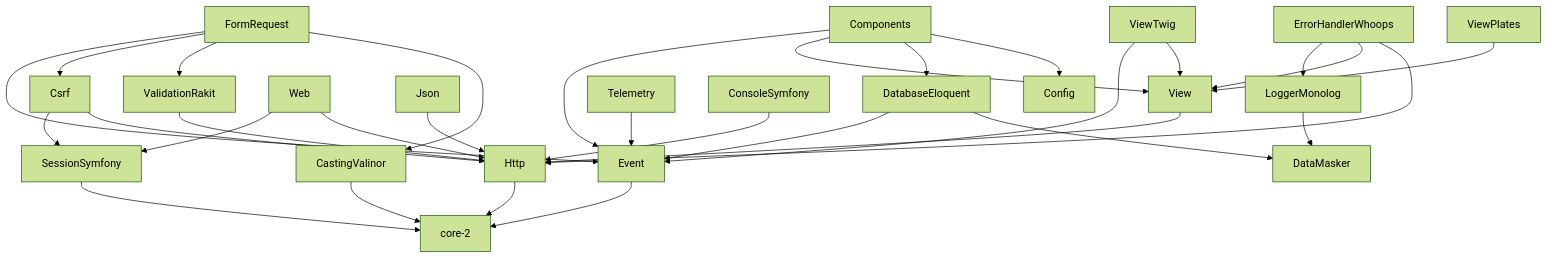
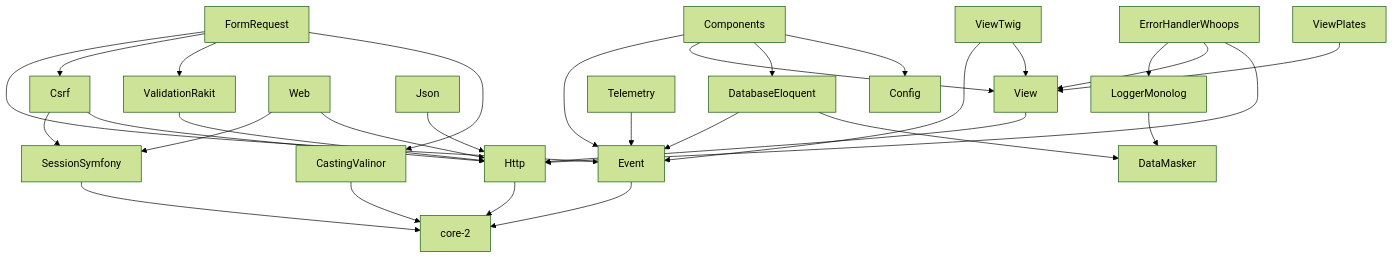
Before and after one commit to OlegGin/concept-skeleton-dev-2: the diagram in src/Extensions/DEPENDENCIES.md, drawn with Mermaid (forest theme). The commit also changed other lines of this file and 8 other files, not shown here.

Commit message:
Moved RouteListCommand command to Http extension and removed dependency from ConsoleSymfony

````diff
--- a/src/Extensions/DEPENDENCIES.md
+++ b/src/Extensions/DEPENDENCIES.md
@@ -42,35 +42,34 @@
 ```mermaid
 flowchart TD
     core[core-2]
 
     Http --> core
     Event --> core
     CastingValinor --> core
     SessionSymfony --> core
     ValidationRakit --> Http
     View --> Http
     ViewPlates --> View
     ViewTwig --> View
     ViewTwig --> Event
     Csrf --> Http
     Csrf --> SessionSymfony
     Web --> Http
     Web --> SessionSymfony
     Json --> Http
     FormRequest --> CastingValinor
     FormRequest --> ValidationRakit
     FormRequest --> Csrf
     FormRequest --> Event
     DatabaseEloquent --> DataMasker
     DatabaseEloquent --> Event
     LoggerMonolog --> DataMasker
     ErrorHandlerWhoops --> Http
     ErrorHandlerWhoops --> View
     ErrorHandlerWhoops --> LoggerMonolog
     Telemetry --> Event
-    ConsoleSymfony --> Http
     Components --> Config
     Components --> DatabaseEloquent
     Components --> View
     Components --> Event
 ```
````
